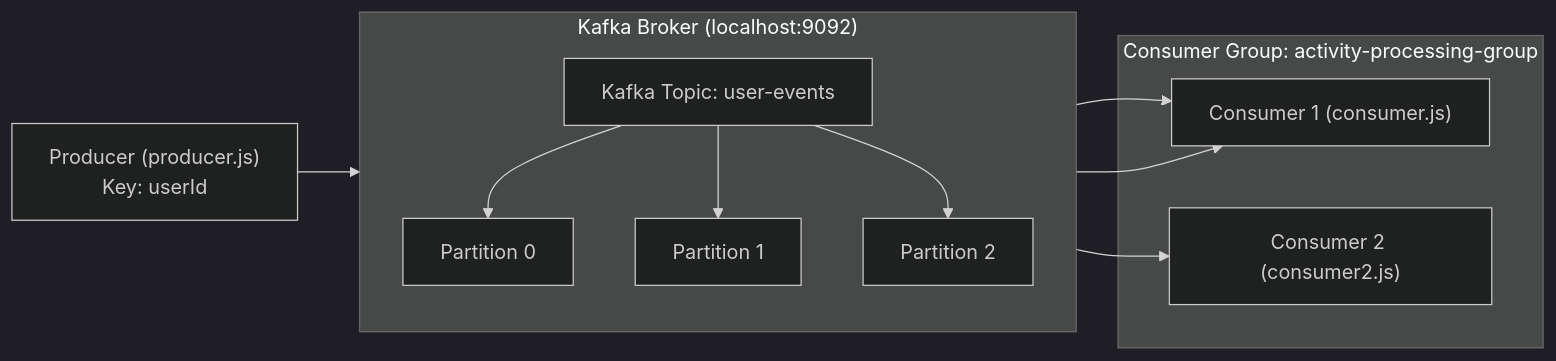
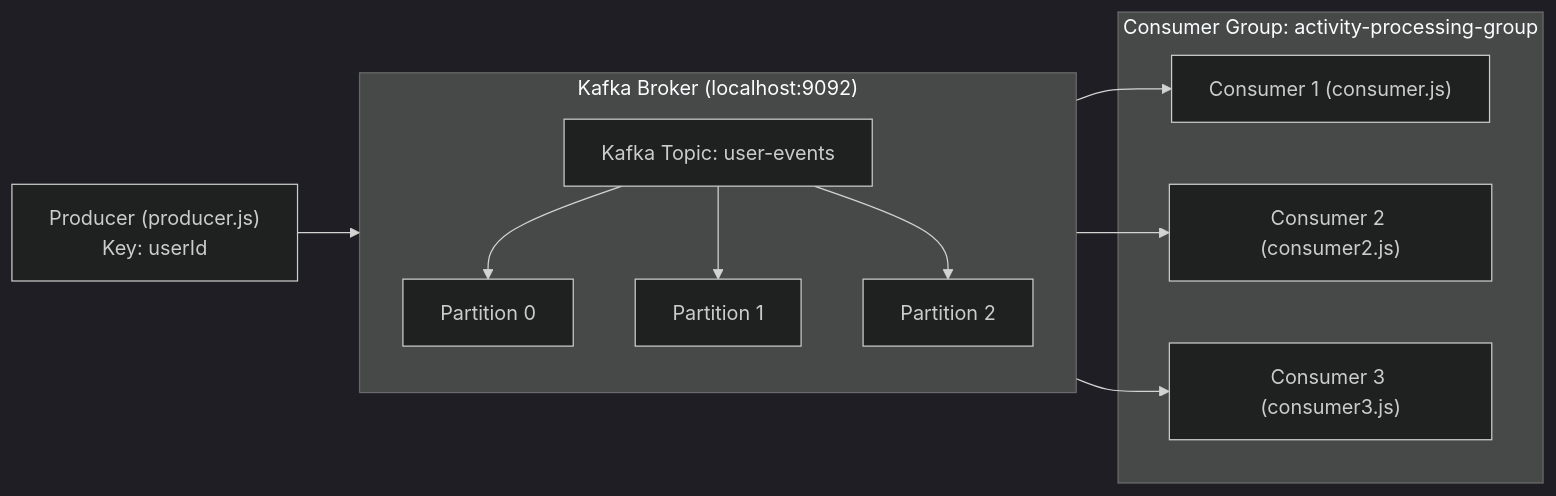
The diagram in kafka-lab/README.md (Bhaveshkransan/Learning-System-Desgin), drawn with Mermaid (dark theme) before and after one commit. The commit also changed other lines of this file and 5 other files, not shown here.

````diff
--- a/kafka-lab/README.md
+++ b/kafka-lab/README.md
@@ -19,17 +19,17 @@
 ```mermaid
 flowchart LR
     P["Producer (producer.js)\nKey: userId"] --> T["Kafka Topic: user-events"]
 
     subgraph Kafka_Broker ["Kafka Broker (localhost:9092)"]
         direction TB
         T --> P0["Partition 0"]
         T --> P1["Partition 1"]
         T --> P2["Partition 2"]
     end
 
     subgraph Consumer_Group ["Consumer Group: activity-processing-group"]
         P0 --> C1["Consumer 1 (consumer.js)"]
-        P1 --> C1
-        P2 --> C2["Consumer 2 (consumer2.js)"]
+        P1 --> C2["Consumer 2 (consumer2.js)"]
+        P2 --> C3["Consumer 3 (consumer3.js)"]
     end
 ```
````
